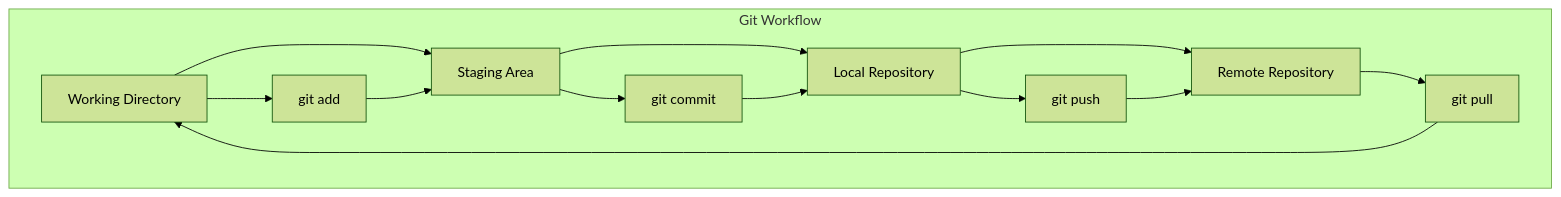
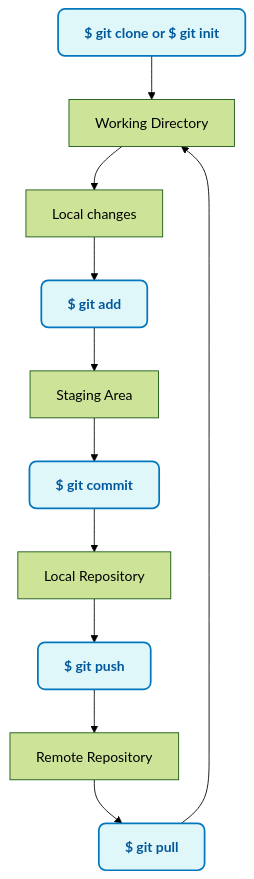
The first of 11 diagrams in docs/Workshop-1-Modern-DevOps-IaC-Essentials/content/03-source-control-git.md (lrivallain/ms-alz-workshop), drawn with Mermaid (forest theme) before and after one commit. The commit also changed other lines of this file and 3 other files, not shown here.

````diff
--- a/docs/Workshop-1-Modern-DevOps-IaC-Essentials/content/03-source-control-git.md
+++ b/docs/Workshop-1-Modern-DevOps-IaC-Essentials/content/03-source-control-git.md
@@ -7,18 +7,18 @@
 ```mermaid
 graph TB
-    A[Working Directory] --> B[Staging Area]
-    B --> C[Local Repository]
-    C --> D[Remote Repository]
+    Z[$ git clone <repo-url> or $ git init] --> A[Working Directory]
+    A --> B[Local changes]
+    B --> C[$ git add]
+    C --> D[Staging Area]
+    D --> E[$ git commit]
+    E --> F[Local Repository]
+    F --> G[$ git push]
+    G --> H[Remote Repository]
+    H --> I[$ git pull]
+    I --> A
 
-    subgraph "Git Workflow"
-        E[git add] --> B
-        F[git commit] --> C
-        G[git push] --> D
-        H[git pull] --> A
-    end
-
-    A --> E
-    B --> F
-    C --> G
-    D --> H
+    %% Assign 'cmd' class to command nodes
+    class Z,C,E,G,I cmd;
+    %% Style definition for commands
+    classDef cmd fill:#e0f7fa,stroke:#0277bd,stroke-width:2px,font-weight:bold,color:#01579b,rx:8,ry:8;
 ```
````
